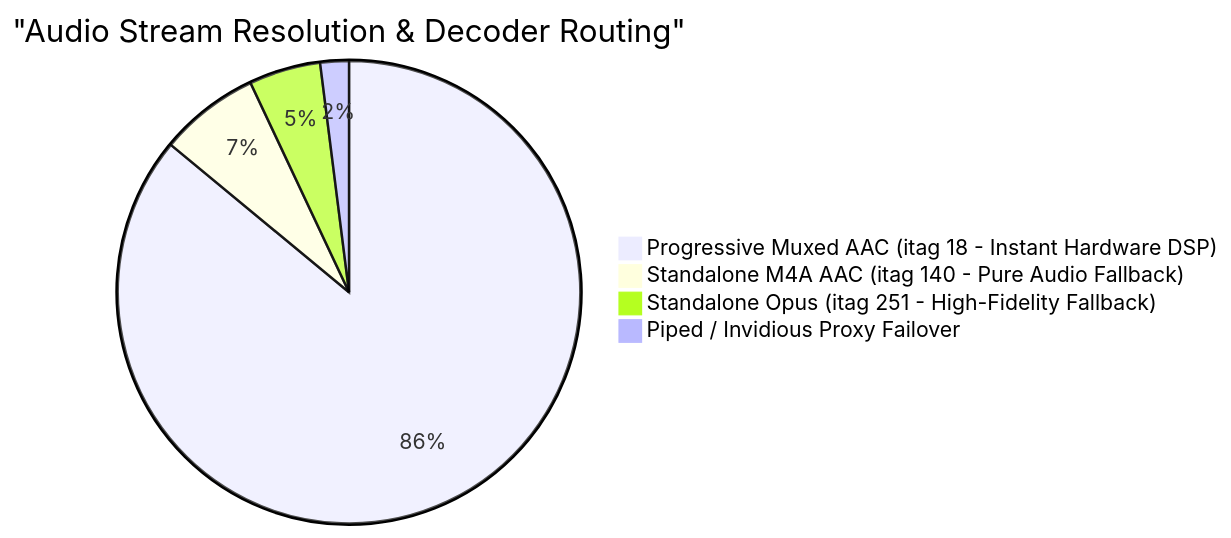
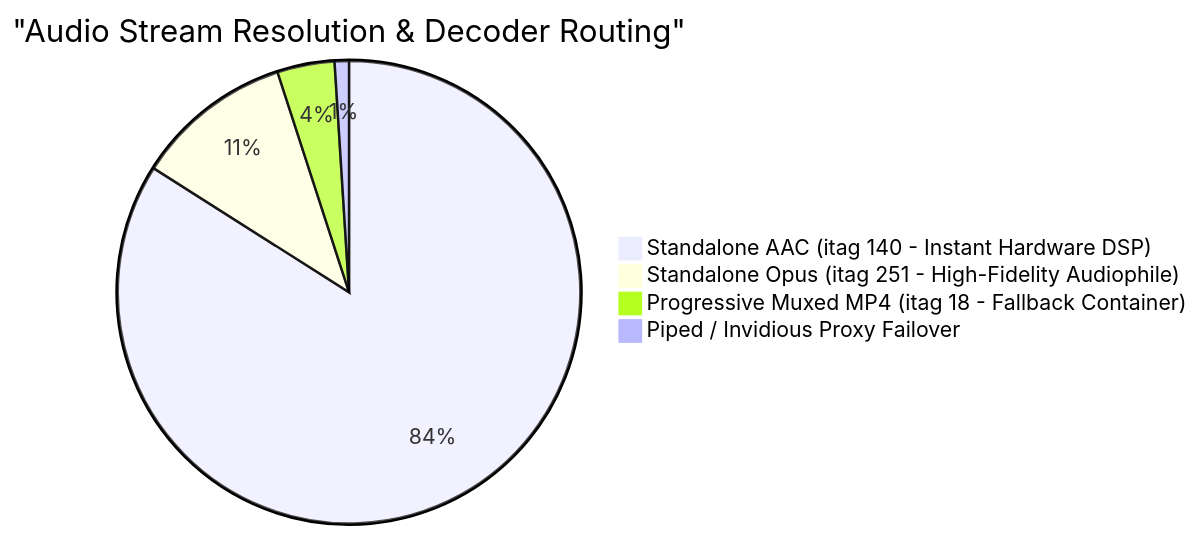
Before and after one commit to taezeem14/PulsePipe: the fourth of 5 diagrams in README.md, drawn with Mermaid. The commit also changed other lines of this file and 2 other files, not shown here.

````diff
--- a/README.md
+++ b/README.md
@@ -145,7 +147,7 @@
 ```mermaid
 pie title "Audio Stream Resolution & Decoder Routing"
-    "Progressive Muxed AAC (itag 18 - Instant Hardware DSP)" : 86
-    "Standalone M4A AAC (itag 140 - Pure Audio Fallback)" : 7
-    "Standalone Opus (itag 251 - High-Fidelity Fallback)" : 5
-    "Piped / Invidious Proxy Failover" : 2
+    "Standalone AAC (itag 140 - Instant Hardware DSP)" : 84
+    "Standalone Opus (itag 251 - High-Fidelity Audiophile)" : 11
+    "Progressive Muxed MP4 (itag 18 - Fallback Container)" : 4
+    "Piped / Invidious Proxy Failover" : 1
 ```
````
